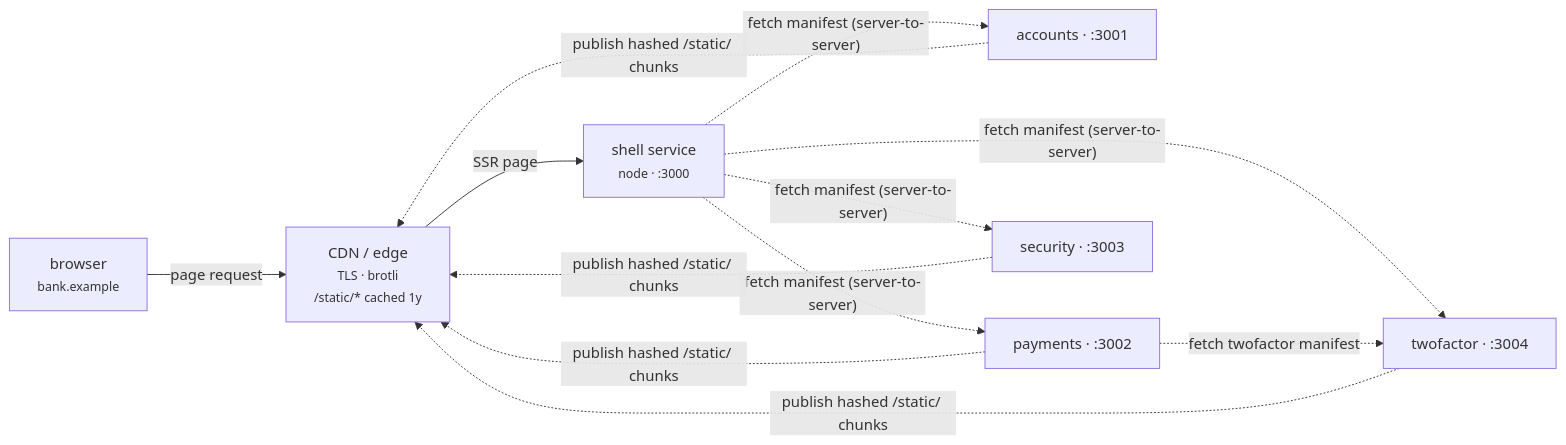
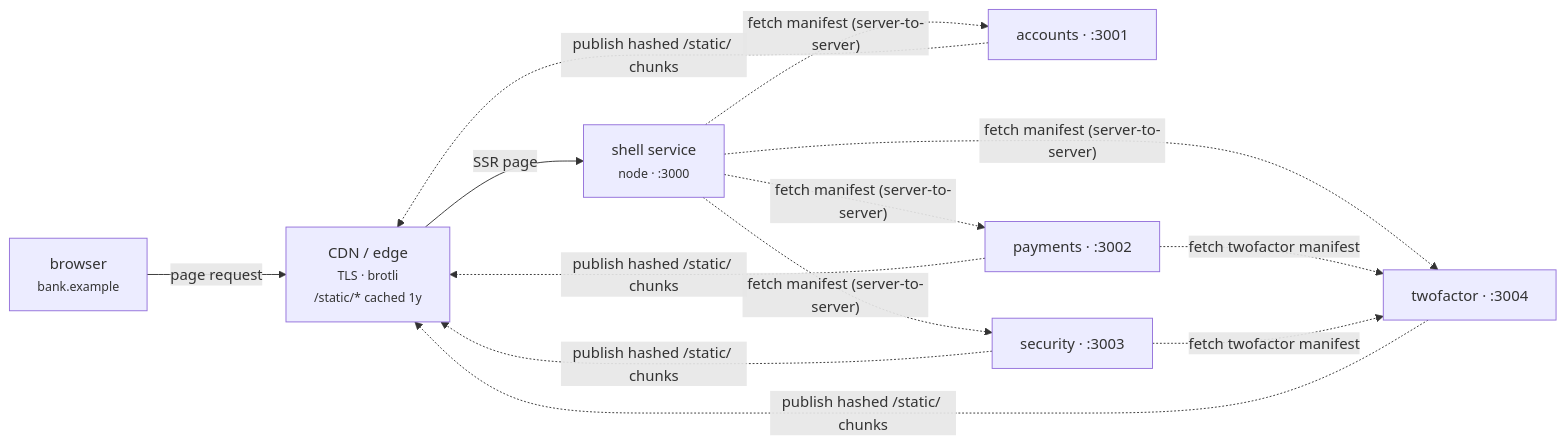
One commit to hakangenc1/MF-Modern.js-v3 changed the fourth of 4 diagrams in docs/ARCHITECTURE.md. Above: the diagram before and after it, drawn with Mermaid. The commit also changed other lines of this file and 8 other files, not shown here.

````diff
--- a/docs/ARCHITECTURE.md
+++ b/docs/ARCHITECTURE.md
@@ -306,16 +313,16 @@
 ```mermaid
 flowchart LR
     BR["browser<br/><small>bank.example</small>"]
     CDN["CDN / edge<br/><small>TLS · brotli<br/>/static/* cached 1y</small>"]
     SHS["shell service<br/><small>node · :3000</small>"]
     AC["accounts · :3001"]
     PY["payments · :3002"]
     SC["security · :3003"]
     TF["twofactor · :3004"]
 
     BR -->|"page request"| CDN
     CDN -->|"SSR page"| SHS
     SHS -. "fetch manifest (server-to-server)" .-> AC & PY & SC & TF
-    PY -. "fetch twofactor manifest" .-> TF
+    PY & SC -. "fetch twofactor manifest" .-> TF
     AC & PY & SC & TF -. "publish hashed /static/ chunks" .-> CDN
 ```
````
